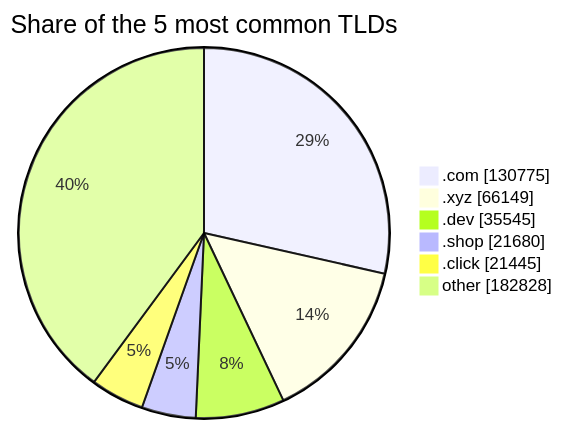
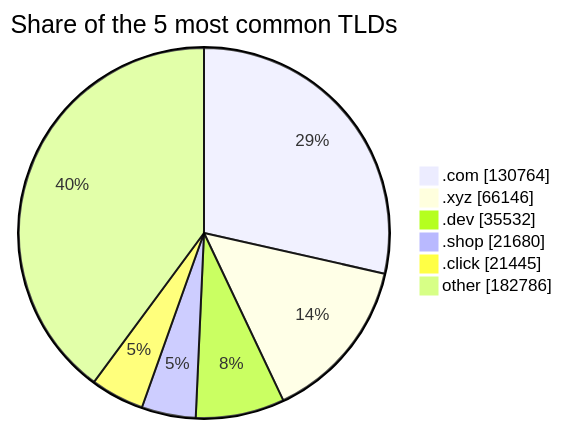
The third of 3 diagrams in README.md (DNSBunker/CTI), drawn with Mermaid before and after one commit. The commit also changed other lines of this file and 3 other files, not shown here.

````diff
--- a/README.md
+++ b/README.md
@@ -81,9 +81,9 @@
 ```mermaid
 pie showData title Share of the 5 most common TLDs
-    ".com" : 130775
-    ".xyz" : 66149
-    ".dev" : 35545
+    ".com" : 130764
+    ".xyz" : 66146
+    ".dev" : 35532
     ".shop" : 21680
     ".click" : 21445
-    "other" : 182828
+    "other" : 182786
 ```
````
